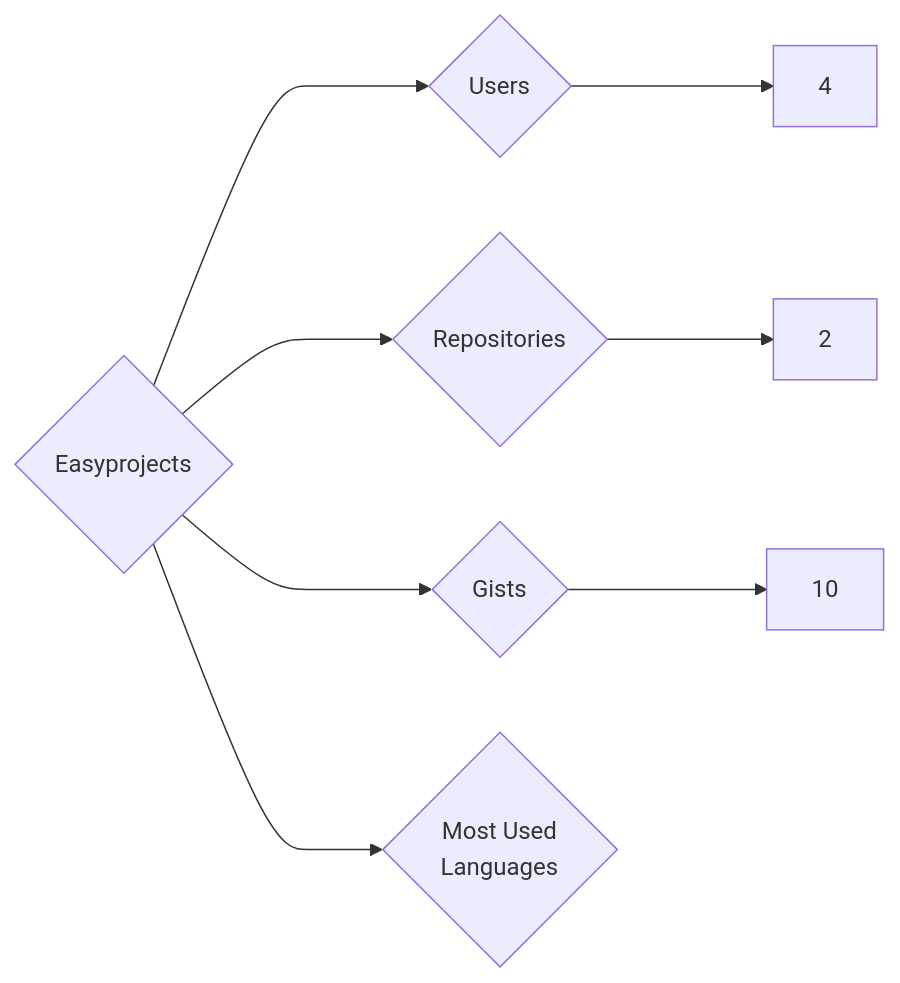
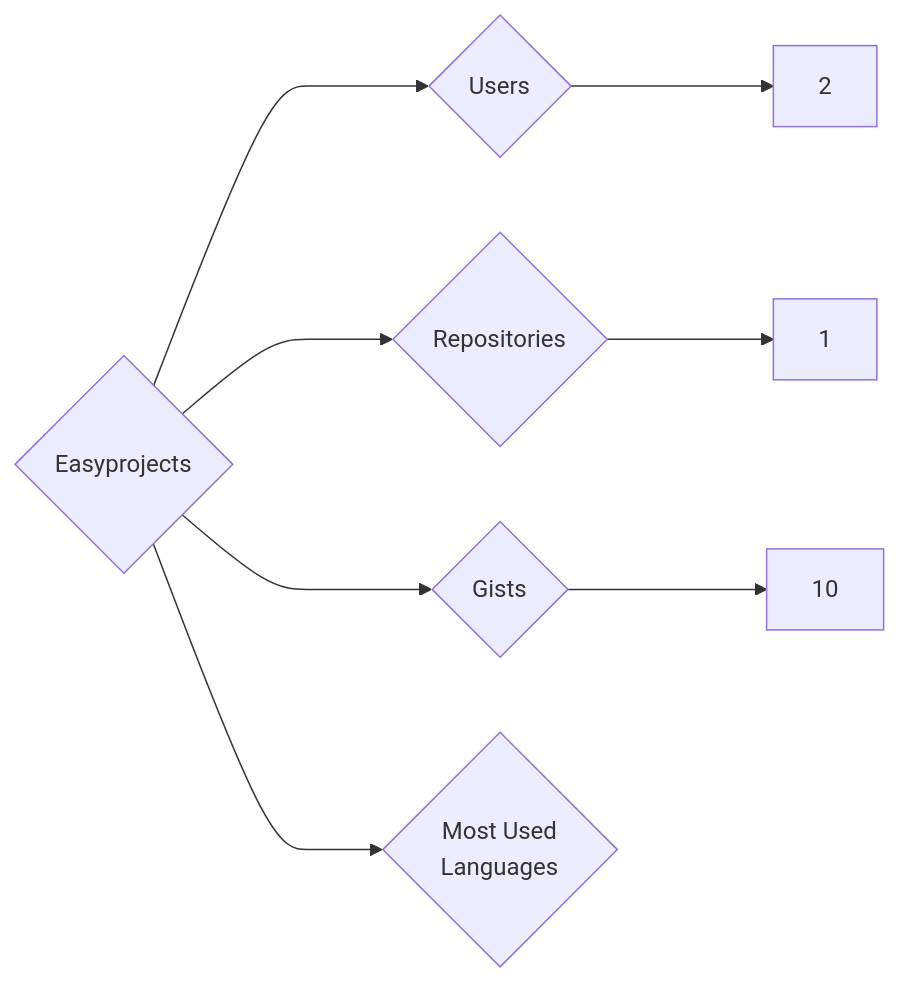
Before and after one commit to trickest/insiders: the diagram in targets/Easyprojects/README.md, drawn with Mermaid. The commit also changed 1003 other files, not shown here.

````diff
--- a/targets/Easyprojects/README.md
+++ b/targets/Easyprojects/README.md
@@ -3,8 +3,8 @@
 ```mermaid
 graph LR
 COMPANY_NAME{Easyprojects}
-COMPANY_NAME ---> U{Users} ---> UN[4]
-COMPANY_NAME ---> R{Repositories} ---> RN[2]
+COMPANY_NAME ---> U{Users} ---> UN[2]
+COMPANY_NAME ---> R{Repositories} ---> RN[1]
 COMPANY_NAME ---> G{Gists} ---> GN[10]
 COMPANY_NAME ---> ML{Most Used<br>Languages}
 ```
````
